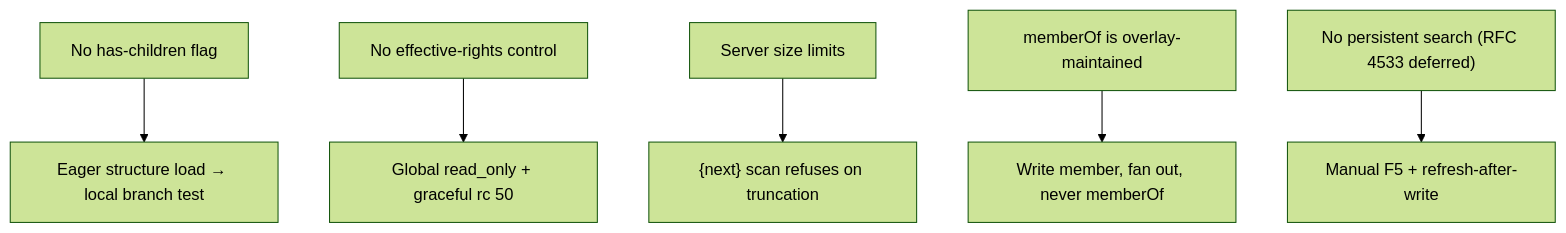
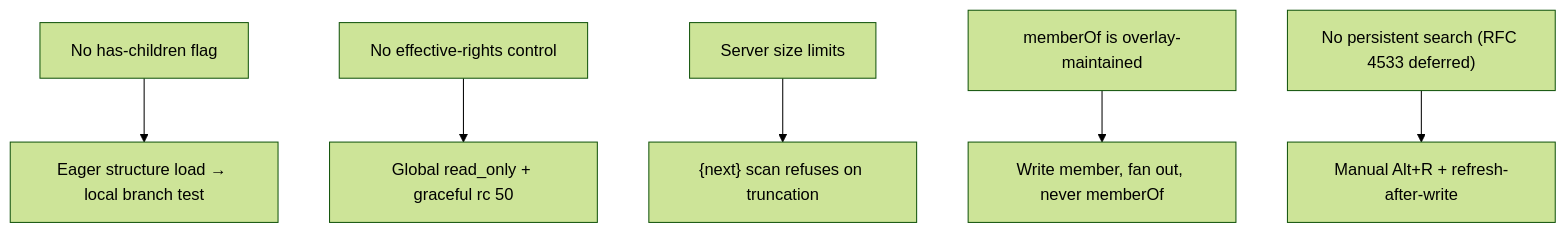
The diagram in docs/src/concepts/ldap-constraints.md (oposs/edaptor), drawn with Mermaid (forest theme) before and after one commit. The commit also changed other lines of this file and 1 other file, not shown here.

Commit message:
docs: fix F5->Alt+R refresh key and mermaid <br/> label
Final review found a stale F5 reference (the shipped refresh key is Alt+R)
in ldap-constraints.md and a literal \n in an architecture.md mermaid node
label (renders as backslash-n; use <br/>).

````diff
--- a/docs/src/concepts/ldap-constraints.md
+++ b/docs/src/concepts/ldap-constraints.md
@@ -64,8 +64,8 @@
 ```mermaid
 flowchart TD
     C1["No has-children flag"] --> D1["Eager structure load → local branch test"]
     C2["No effective-rights control"] --> D2["Global read_only + graceful rc 50"]
     C3["Server size limits"] --> D3["{next} scan refuses on truncation"]
     C4["memberOf is overlay-maintained"] --> D4["Write member, fan out, never memberOf"]
-    C5["No persistent search (RFC 4533 deferred)"] --> D5["Manual F5 + refresh-after-write"]
+    C5["No persistent search (RFC 4533 deferred)"] --> D5["Manual Alt+R + refresh-after-write"]
 ```
````
